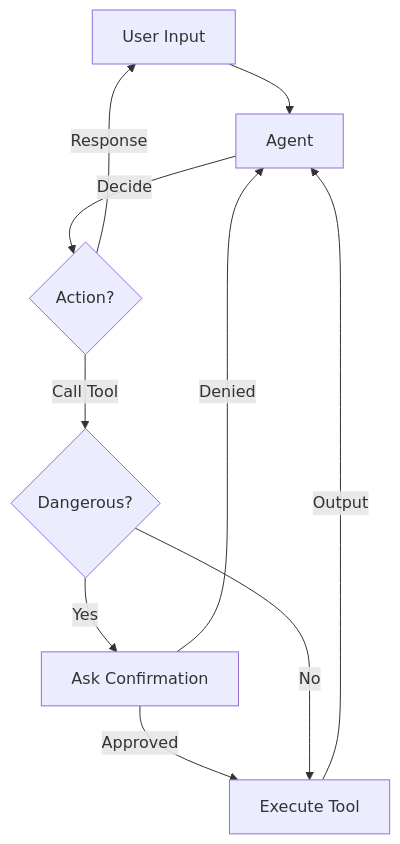
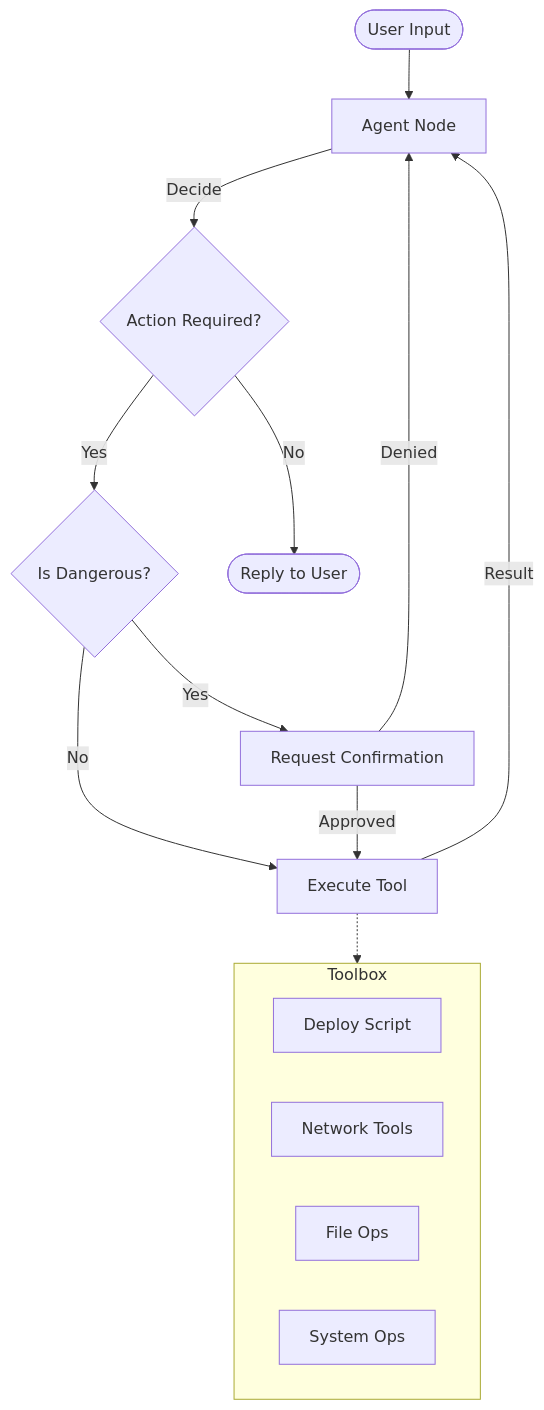
Before and after one commit to zkzkGamal/zkzkAgent: the diagram in readme.md, drawn with Mermaid. The commit also changed other lines of this file and 4 other files, not shown here.

Commit message:
update network tool for agent to act based on the network

````diff
--- a/readme.md
+++ b/readme.md
@@ -23,12 +42,25 @@
 ```mermaid
 graph TD
-    User[User Input] --> Agent
-    Agent -->|Decide| Decision{Action?}
-    Decision -->|Call Tool| Safety{Dangerous?}
-    Safety -->|Yes| Confirm[Ask Confirmation]
-    Confirm -->|Approved| Tool[Execute Tool]
+    User([User Input]) --> Agent
+    Agent[Agent Node] -->|Decide| Decision{Action Required?}
+
+    Decision -->|Yes| CheckSafety{Is Dangerous?}
+    Decision -->|No| Respond([Reply to User])
+
+    CheckSafety -->|Yes| Confirm[Request Confirmation]
+    CheckSafety -->|No| Execute[Execute Tool]
+
+    Confirm -->|Approved| Execute
     Confirm -->|Denied| Agent
-    Safety -->|No| Tool
-    Tool -->|Output| Agent
-    Decision -->|Response| User
+
+    Execute -->|Result| Agent
+
+    subgraph "Toolbox"
+        Deploy[Deploy Script]
+        Network[Network Tools]
+        File[File Ops]
+        System[System Ops]
+    end
+
+    Execute -.-> Toolbox
 ```
````
